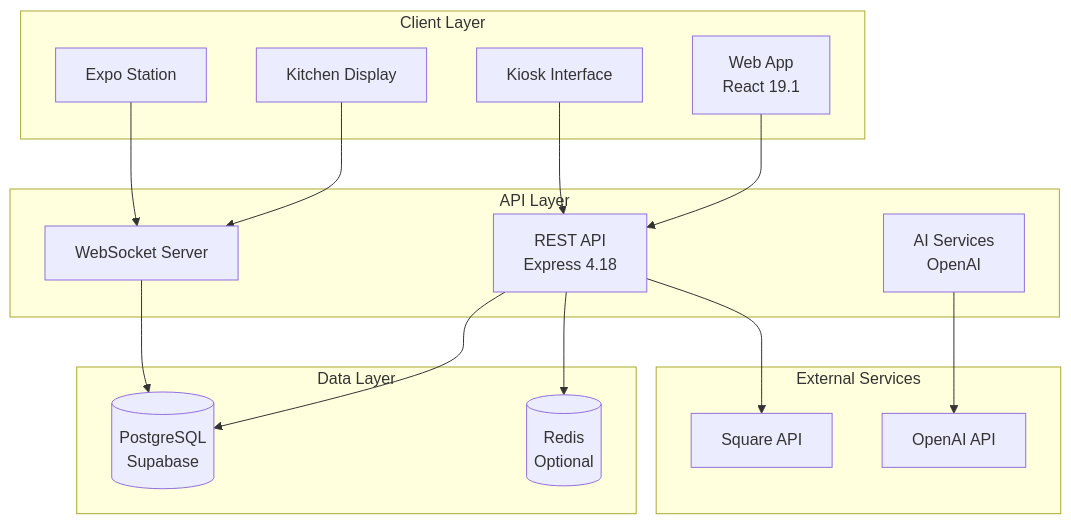
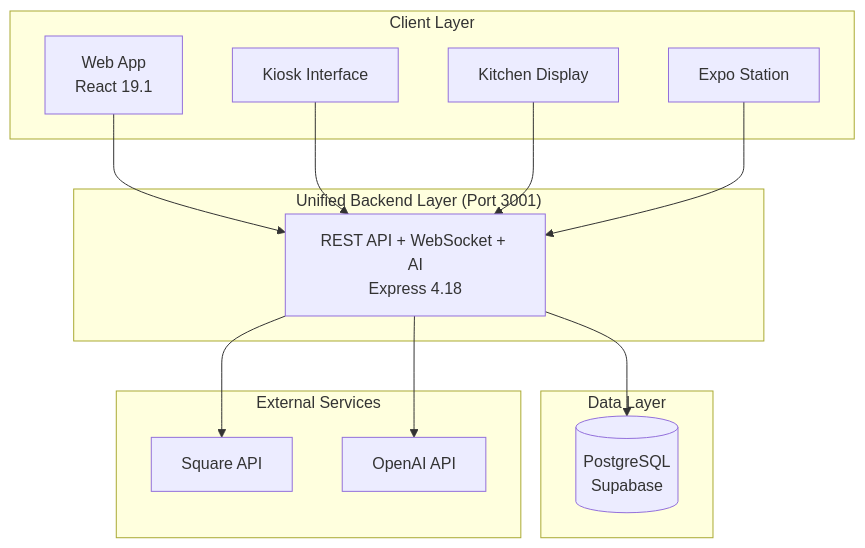
The first of 4 diagrams in docs/SYSTEM_ARCHITECTURE.md (mikeyoung304/July25), drawn with Mermaid before and after one commit. The commit also changed other lines of this file and 41 other files, not shown here.

````diff
--- a/docs/SYSTEM_ARCHITECTURE.md
+++ b/docs/SYSTEM_ARCHITECTURE.md
@@ -7,35 +7,30 @@
 ```mermaid
 graph TB
     subgraph "Client Layer"
         Web[Web App<br/>React 19.1]
         Kiosk[Kiosk Interface]
         Kitchen[Kitchen Display]
         Expo[Expo Station]
     end
 
-    subgraph "API Layer"
-        API[REST API<br/>Express 4.18]
-        WS[WebSocket Server]
-        AI[AI Services<br/>OpenAI]
+    subgraph "Unified Backend Layer (Port 3001)"
+        API[REST API + WebSocket + AI<br/>Express 4.18]
     end
 
     subgraph "Data Layer"
         DB[(PostgreSQL<br/>Supabase)]
-        Cache[(Redis<br/>Optional)]
     end
 
     subgraph "External Services"
         Square[Square API]
         OpenAI[OpenAI API]
     end
 
     Web --> API
     Kiosk --> API
-    Kitchen --> WS
-    Expo --> WS
+    Kitchen --> API
+    Expo --> API
     API --> DB
-    API --> Cache
-    WS --> DB
-    AI --> OpenAI
+    API --> OpenAI
     API --> Square
 ```
````
